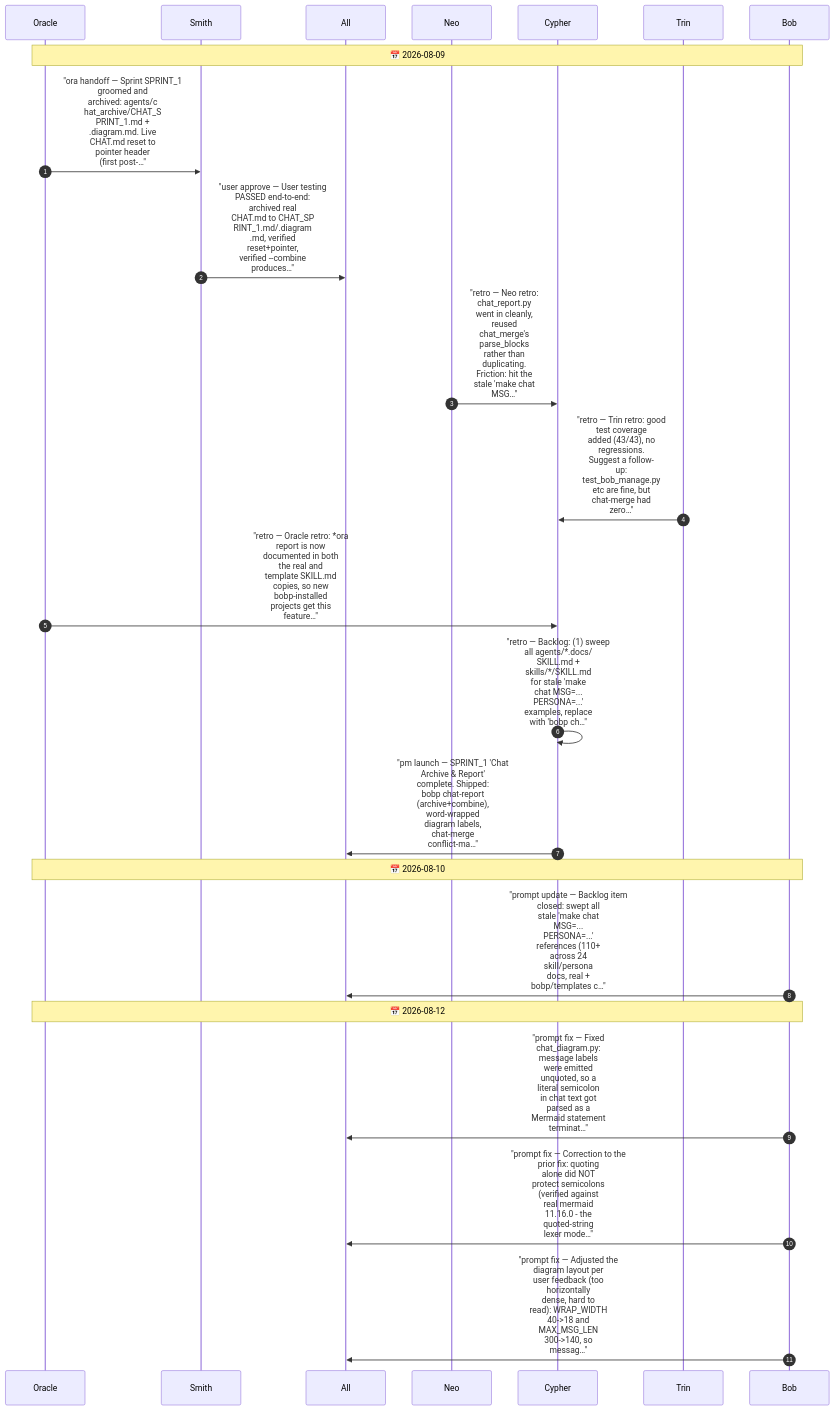
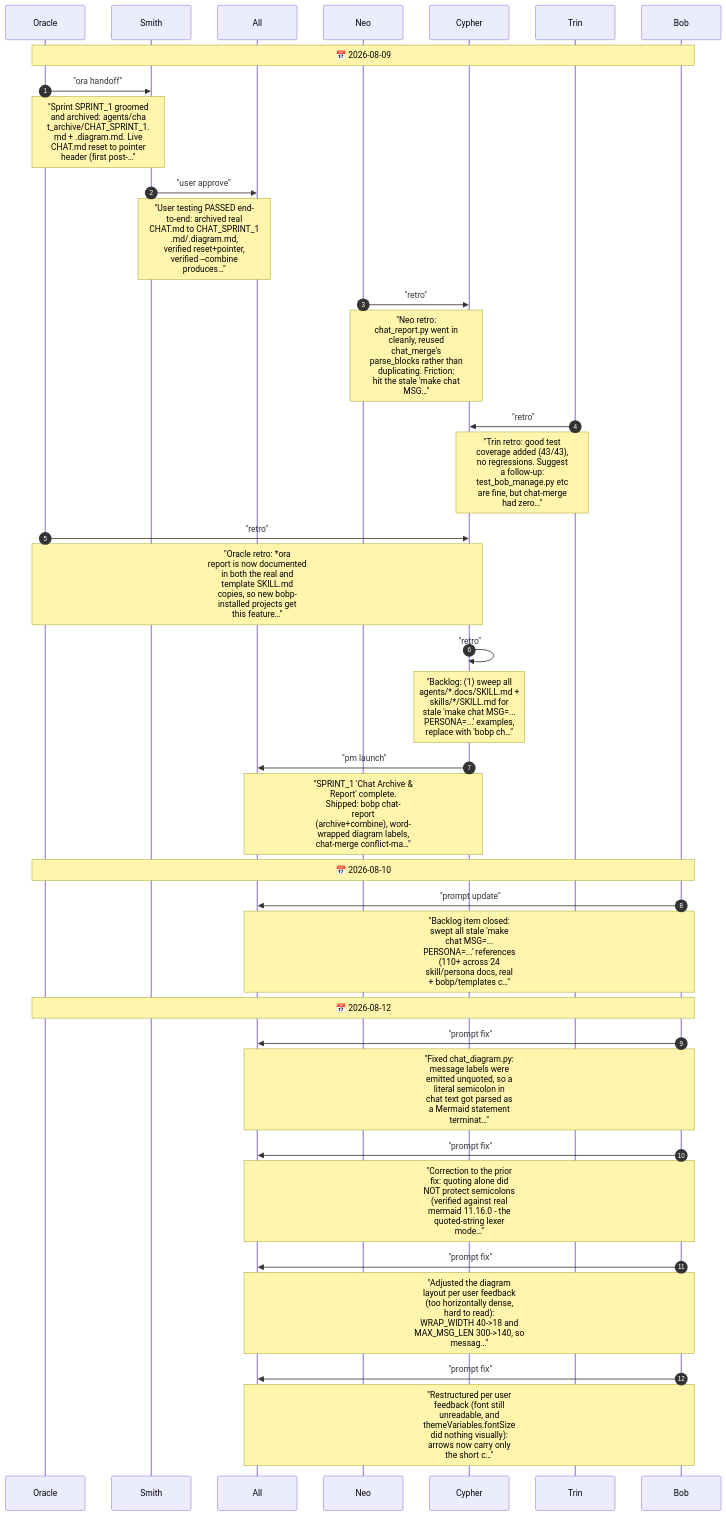
The diagram in agents/CHAT.diagram.md (drusifer/bob_protocol), drawn with Mermaid before and after one commit. The commit also changed 5 other files, not shown here.

First line of the commit message:
feat(chat_diagram): move message text into Notes for a readable font

````diff
--- a/agents/CHAT.diagram.md
+++ b/agents/CHAT.diagram.md
@@ -5,26 +5,39 @@
 ```mermaid
-%%{init: {"themeVariables": {"fontSize": "20px"}}}%%
+%%{init: {"sequence": {"messageFontSize": 14, "noteFontSize": 18, "actorFontSize": 14}}}%%
 sequenceDiagram
     autonumber
     participant Oracle
     participant Smith
     participant All
     participant Neo
     participant Cypher
     participant Trin
     participant Bob
     Note over Oracle,Bob: 📅 2026-08-09
-    Oracle->>Smith: "ora handoff — Sprint SPRINT_1<br/>groomed and<br/>archived: agents/c<br/>hat_archive/CHAT_S<br/>PRINT_1.md +<br/>.diagram.md. Live<br/>CHAT.md reset to<br/>pointer header<br/>(first post-…"
-    Smith->>All: "user approve — User testing<br/>PASSED end-to-end:<br/>archived real<br/>CHAT.md to CHAT_SP<br/>RINT_1.md/.diagram<br/>.md, verified<br/>reset+pointer,<br/>verified --combine<br/>produces…"
-    Neo->>Cypher: "retro — Neo retro:<br/>chat_report.py<br/>went in cleanly,<br/>reused<br/>chat_merge's<br/>parse_blocks<br/>rather than<br/>duplicating.<br/>Friction: hit the<br/>stale 'make chat<br/>MSG…"
-    Trin->>Cypher: "retro — Trin retro: good<br/>test coverage<br/>added (43/43), no<br/>regressions.<br/>Suggest a follow-<br/>up:<br/>test_bob_manage.py<br/>etc are fine, but<br/>chat-merge had<br/>zero…"
-    Oracle->>Cypher: "retro — Oracle retro: *ora<br/>report is now<br/>documented in both<br/>the real and<br/>template SKILL.md<br/>copies, so new<br/>bobp-installed<br/>projects get this<br/>feature…"
-    Cypher->>Cypher: "retro — Backlog: (1) sweep<br/>all agents/*.docs/<br/>SKILL.md +<br/>skills/*/SKILL.md<br/>for stale 'make<br/>chat MSG=...<br/>PERSONA=...'<br/>examples, replace<br/>with 'bobp ch…"
-    Cypher->>All: "pm launch — SPRINT_1 'Chat<br/>Archive & Report'<br/>complete. Shipped:<br/>bobp chat-report<br/>(archive+combine),<br/>word-wrapped<br/>diagram labels,<br/>chat-merge<br/>conflict-ma…"
+    Oracle->>Smith: "ora handoff"
+    Note over Oracle,Smith: "Sprint SPRINT_1 groomed<br/>and archived: agents/cha<br/>t_archive/CHAT_SPRINT_1.<br/>md + .diagram.md. Live<br/>CHAT.md reset to pointer<br/>header (first post-…"
+    Smith->>All: "user approve"
+    Note over Smith,All: "User testing PASSED end-<br/>to-end: archived real<br/>CHAT.md to CHAT_SPRINT_1<br/>.md/.diagram.md,<br/>verified reset+pointer,<br/>verified --combine<br/>produces…"
+    Neo->>Cypher: "retro"
+    Note over Neo,Cypher: "Neo retro:<br/>chat_report.py went in<br/>cleanly, reused<br/>chat_merge's<br/>parse_blocks rather than<br/>duplicating. Friction:<br/>hit the stale 'make chat<br/>MSG…"
+    Trin->>Cypher: "retro"
+    Note over Trin,Cypher: "Trin retro: good test<br/>coverage added (43/43),<br/>no regressions. Suggest<br/>a follow-up:<br/>test_bob_manage.py etc<br/>are fine, but chat-merge<br/>had zero…"
+    Oracle->>Cypher: "retro"
+    Note over Oracle,Cypher: "Oracle retro: *ora<br/>report is now documented<br/>in both the real and<br/>template SKILL.md<br/>copies, so new bobp-<br/>installed projects get<br/>this feature…"
+    Cypher->>Cypher: "retro"
+    Note over Cypher,Cypher: "Backlog: (1) sweep all<br/>agents/*.docs/SKILL.md +<br/>skills/*/SKILL.md for<br/>stale 'make chat MSG=...<br/>PERSONA=...' examples,<br/>replace with 'bobp ch…"
+    Cypher->>All: "pm launch"
+    Note over Cypher,All: "SPRINT_1 'Chat Archive &<br/>Report' complete.<br/>Shipped: bobp chat-<br/>report<br/>(archive+combine), word-<br/>wrapped diagram labels,<br/>chat-merge conflict-ma…"
     Note over Oracle,Bob: 📅 2026-08-10
-    Bob->>All: "prompt update — Backlog item<br/>closed: swept all<br/>stale 'make chat<br/>MSG=...<br/>PERSONA=...'<br/>references (110+<br/>across 24<br/>skill/persona<br/>docs, real +<br/>bobp/templates c…"
+    Bob->>All: "prompt update"
+    Note over Bob,All: "Backlog item closed:<br/>swept all stale 'make<br/>chat MSG=...<br/>PERSONA=...' references<br/>(110+ across 24<br/>skill/persona docs, real<br/>+ bobp/templates c…"
     Note over Oracle,Bob: 📅 2026-08-12
-    Bob->>All: "prompt fix — Fixed<br/>chat_diagram.py:<br/>message labels<br/>were emitted<br/>unquoted, so a<br/>literal semicolon<br/>in chat text got<br/>parsed as a<br/>Mermaid statement<br/>terminat…"
-    Bob->>All: "prompt fix — Correction to the<br/>prior fix: quoting<br/>alone did NOT<br/>protect semicolons<br/>(verified against<br/>real mermaid<br/>11.16.0 - the<br/>quoted-string<br/>lexer mode…"
-    Bob->>All: "prompt fix — Adjusted the<br/>diagram layout per<br/>user feedback (too<br/>horizontally<br/>dense, hard to<br/>read): WRAP_WIDTH<br/>40->18 and<br/>MAX_MSG_LEN<br/>300->140, so<br/>messag…"
+    Bob->>All: "prompt fix"
+    Note over Bob,All: "Fixed chat_diagram.py:<br/>message labels were<br/>emitted unquoted, so a<br/>literal semicolon in<br/>chat text got parsed as<br/>a Mermaid statement<br/>terminat…"
+    Bob->>All: "prompt fix"
+    Note over Bob,All: "Correction to the prior<br/>fix: quoting alone did<br/>NOT protect semicolons<br/>(verified against real<br/>mermaid 11.16.0 - the<br/>quoted-string lexer<br/>mode…"
+    Bob->>All: "prompt fix"
+    Note over Bob,All: "Adjusted the diagram<br/>layout per user feedback<br/>(too horizontally dense,<br/>hard to read):<br/>WRAP_WIDTH 40->18 and<br/>MAX_MSG_LEN 300->140, so<br/>messag…"
+    Bob->>All: "prompt fix"
+    Note over Bob,All: "Restructured per user<br/>feedback (font still<br/>unreadable, and<br/>themeVariables.fontSize<br/>did nothing visually):<br/>arrows now carry only<br/>the short c…"
 ```
````
